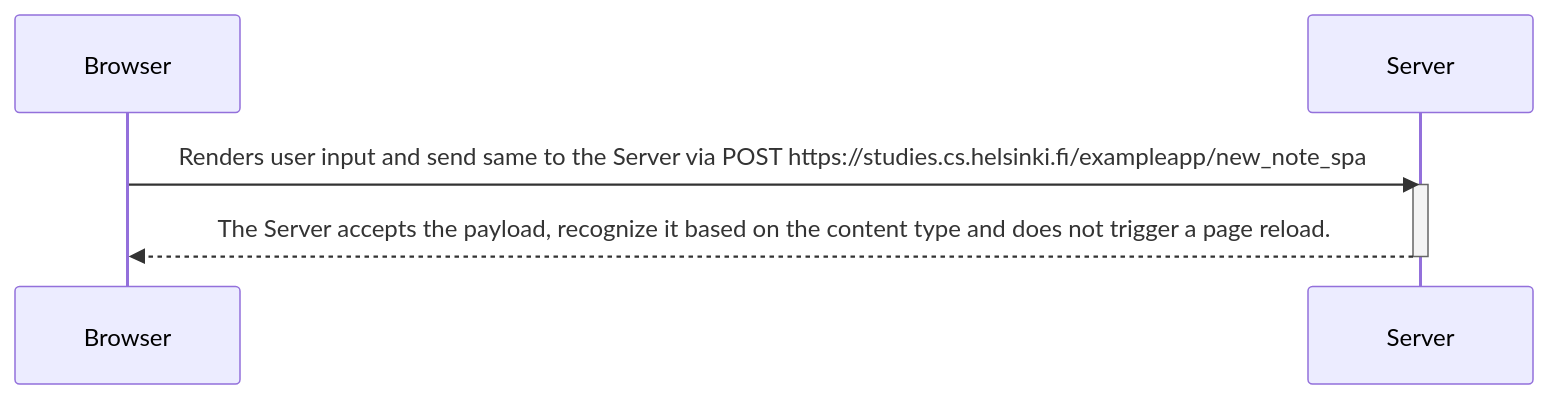
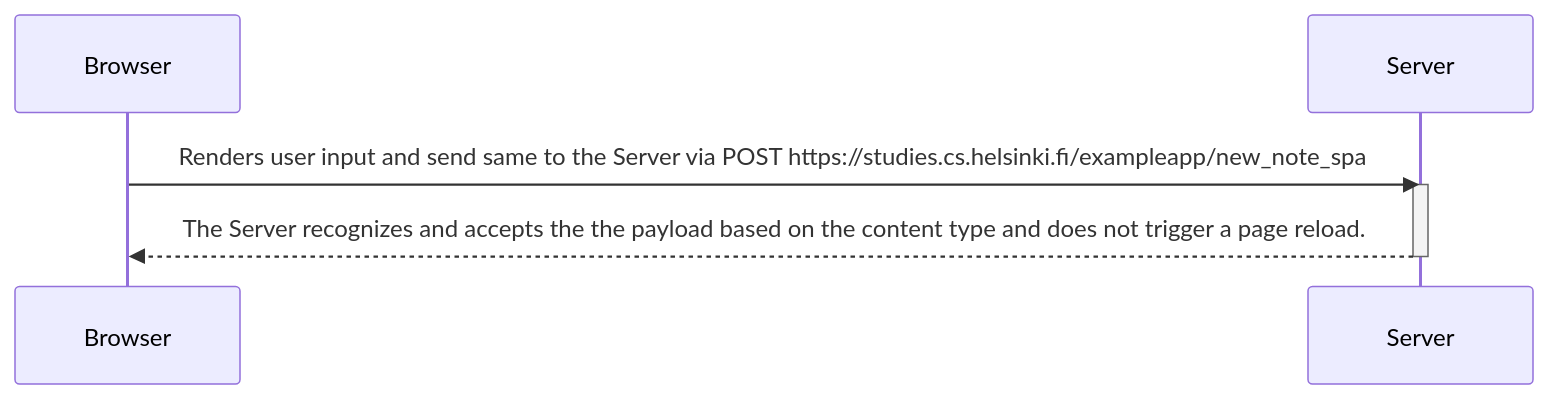
Before and after one commit to Abiodun-Sabitu/fsopen23: the diagram in Part0/0.6 - New note in Single page app diagram.md, drawn with Mermaid.

Commit message:
final update

````diff
--- a/Part0/0.6 - New note in Single page app diagram.md
+++ b/Part0/0.6 - New note in Single page app diagram.md
@@ -5,10 +5,10 @@
 ```mermaid
 sequenceDiagram
 participant A as Browser
 participant S as Server
 
 A ->> S: Renders user input and send same to the Server via  POST https://studies.cs.helsinki.fi/exampleapp/new_note_spa
 activate S
-S -->> A: The Server accepts the payload, recognize it based on the content type and does not trigger a page reload.
+S -->> A: The Server recognizes and accepts the the payload  based on the content type and does not trigger a page reload.
 deactivate S
 ```
````
